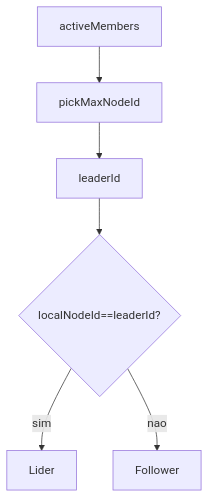
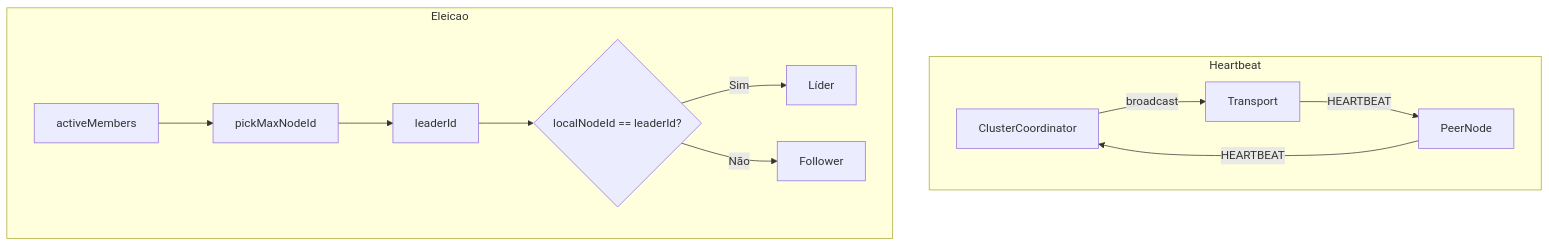
One commit to nishisan-dev/nishi-utils changed the sixth of 7 diagrams in doc/ngrid/arquitetura.md. Above: the diagram before and after it, drawn with Mermaid. The commit also changed other lines of this file and 5 other files, not shown here.

````diff
--- a/doc/ngrid/arquitetura.md
+++ b/doc/ngrid/arquitetura.md
@@ -130,8 +216,16 @@
 ```mermaid
 flowchart TD
-members[activeMembers] --> pickLeader[pickMaxNodeId]
-pickLeader --> leaderNode[leaderId]
-leaderNode --> isLeaderCheck{localNodeId==leaderId?}
-isLeaderCheck -->|sim| leaderRole[Lider]
-isLeaderCheck -->|nao| followerRole[Follower]
+    subgraph Heartbeat
+    Coord[ClusterCoordinator] -->|broadcast| T[Transport]
+    T -->|HEARTBEAT| Peer[PeerNode]
+    Peer -->|HEARTBEAT| Coord
+    end
+    
+    subgraph Eleicao
+    members[activeMembers] --> pickLeader[pickMaxNodeId]
+    pickLeader --> leaderNode[leaderId]
+    leaderNode --> isLeaderCheck{localNodeId == leaderId?}
+    isLeaderCheck -->|Sim| leaderRole[Líder]
+    isLeaderCheck -->|Não| followerRole[Follower]
+    end
 ```
````
